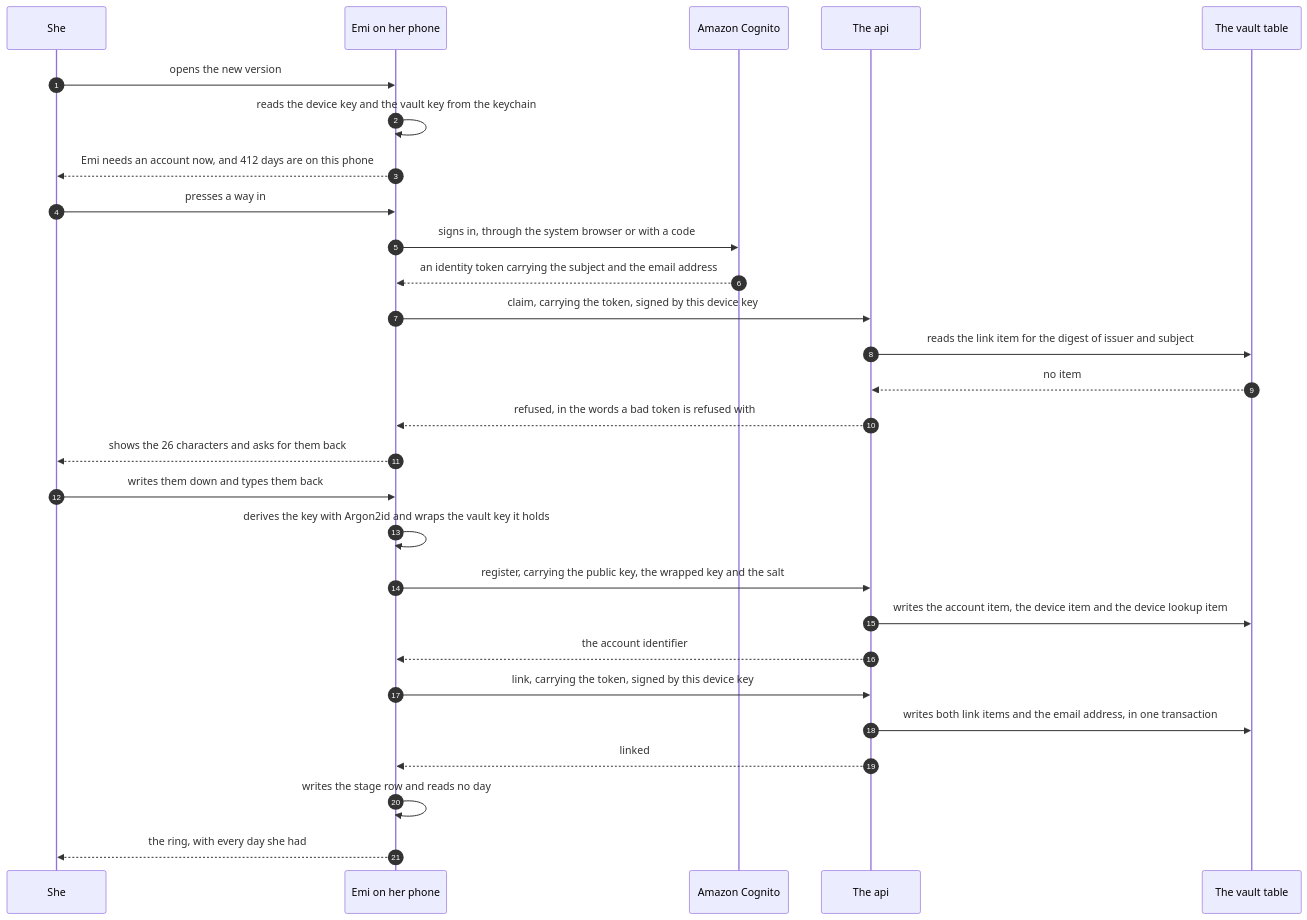
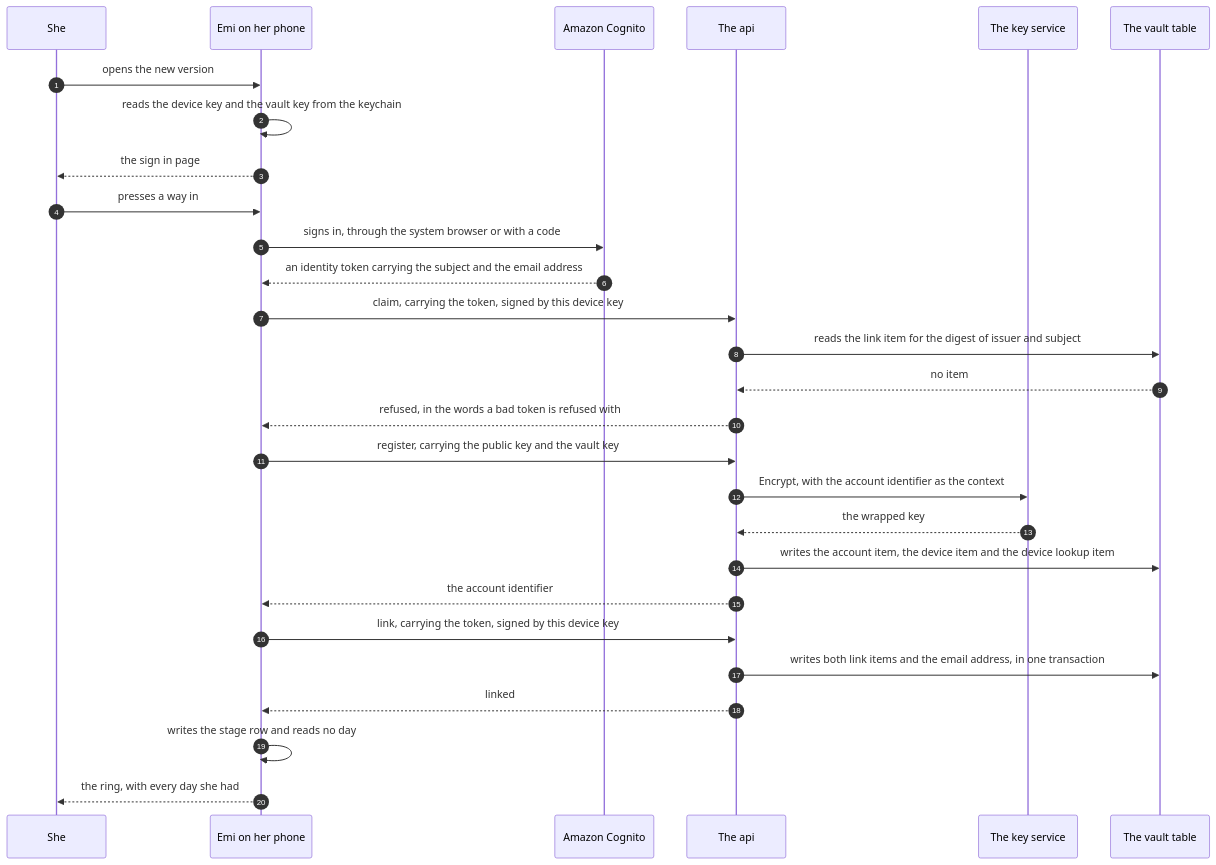
One commit to atlantic-blue/emi changed the third of 5 diagrams in docs/design/accounts.md. Above: the diagram before and after it, drawn with Mermaid. The commit also changed other lines of this file and 13 other files, not shown here.

Commit message:
EMI: docs: a sign in alone restores her days

````diff
--- a/docs/design/accounts.md
+++ b/docs/design/accounts.md
@@ -338,30 +595,30 @@
 ```mermaid
 sequenceDiagram
   autonumber
   participant W as She
   participant P as Emi on her phone
   participant C as Amazon Cognito
   participant A as The api
+  participant K as The key service
   participant D as The vault table
   W->>P: opens the new version
   P->>P: reads the device key and the vault key from the keychain
-  P-->>W: Emi needs an account now, and 412 days are on this phone
+  P-->>W: the sign in page
   W->>P: presses a way in
   P->>C: signs in, through the system browser or with a code
   C-->>P: an identity token carrying the subject and the email address
   P->>A: claim, carrying the token, signed by this device key
   A->>D: reads the link item for the digest of issuer and subject
   D-->>A: no item
   A-->>P: refused, in the words a bad token is refused with
-  P-->>W: shows the 26 characters and asks for them back
-  W->>P: writes them down and types them back
-  P->>P: derives the key with Argon2id and wraps the vault key it holds
-  P->>A: register, carrying the public key, the wrapped key and the salt
+  P->>A: register, carrying the public key and the vault key
+  A->>K: Encrypt, with the account identifier as the context
+  K-->>A: the wrapped key
   A->>D: writes the account item, the device item and the device lookup item
   A-->>P: the account identifier
   P->>A: link, carrying the token, signed by this device key
   A->>D: writes both link items and the email address, in one transaction
   A-->>P: linked
   P->>P: writes the stage row and reads no day
   P-->>W: the ring, with every day she had
 ```
````
